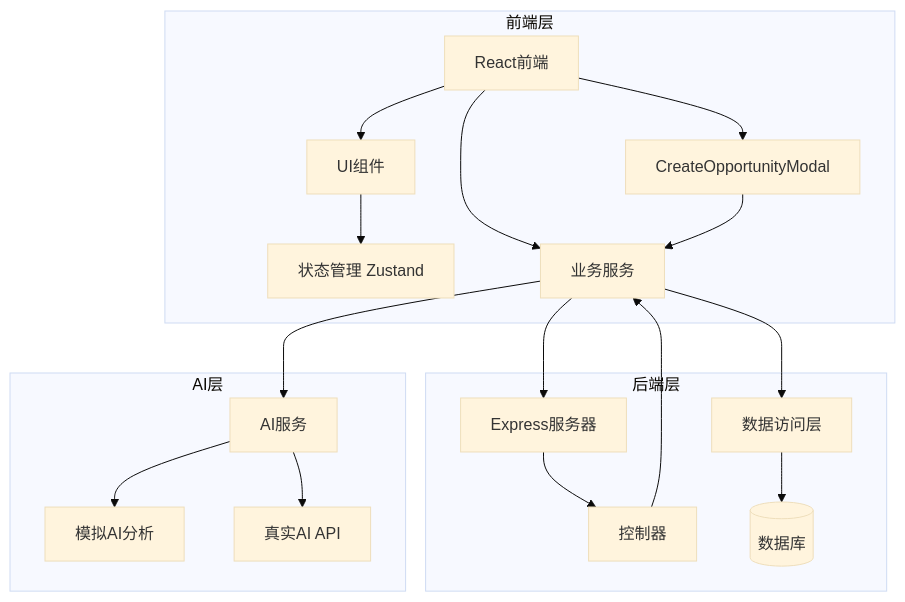
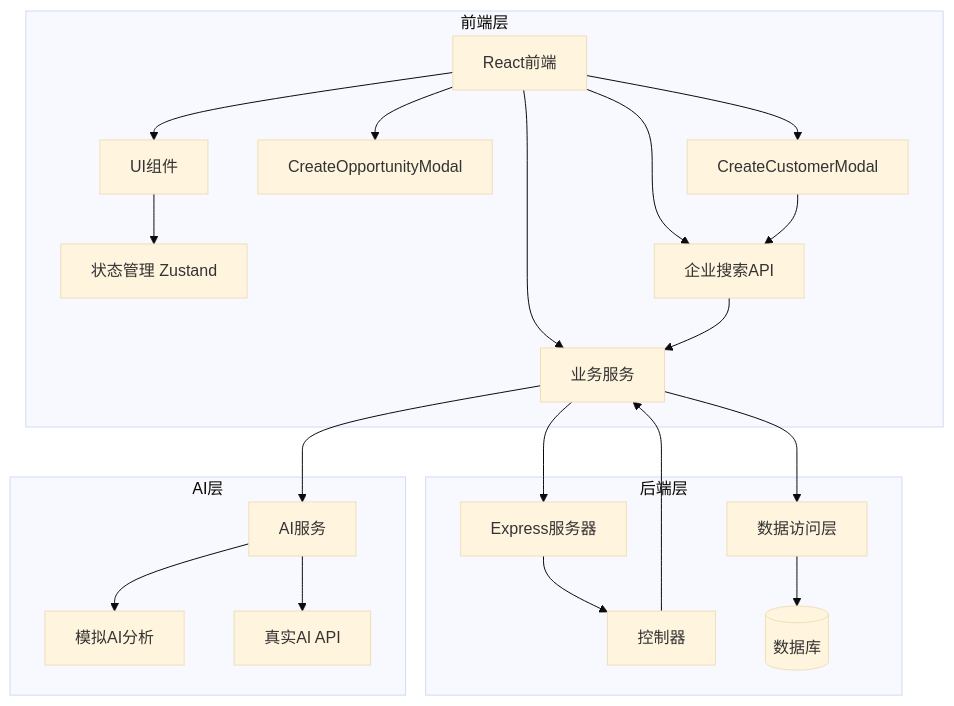
Before and after one commit to xianjianshenqu/SalesFlow-CRM: the first of 11 diagrams in .qoder/repowiki/zh/content/Customer Detail Page.md, drawn with Mermaid (base theme). The commit also changed other lines of this file and 11 other files, not shown here.

````diff
--- a/.qoder/repowiki/zh/content/Customer Detail Page.md
+++ b/.qoder/repowiki/zh/content/Customer Detail Page.md
@@ -49,35 +54,40 @@
 ```mermaid
 graph TB
 subgraph "前端层"
 FE[React前端]
 Store[状态管理 Zustand]
 Components[UI组件]
 Services[API服务]
 Modal[CreateOpportunityModal]
+CustomerModal[CreateCustomerModal]
+CompanySearch[企业搜索API]
 end
 subgraph "后端层"
 BE[Express服务器]
 Controllers[控制器]
 Services[业务服务]
 Repositories[数据访问层]
 Database[(数据库)]
 end
 subgraph "AI层"
 AIService[AI服务]
 MockAI[模拟AI分析]
 RealAI[真实AI API]
 end
 FE --> Services
 Services --> BE
 BE --> Controllers
 Controllers --> Services
 Services --> Repositories
 Repositories --> Database
 FE --> Components
 Components --> Store
 FE --> Modal
-Modal --> Services
+FE --> CustomerModal
+FE --> CompanySearch
+CustomerModal --> CompanySearch
+CompanySearch --> Services
 Services --> AIService
 AIService --> MockAI
 AIService --> RealAI
 ```
````
